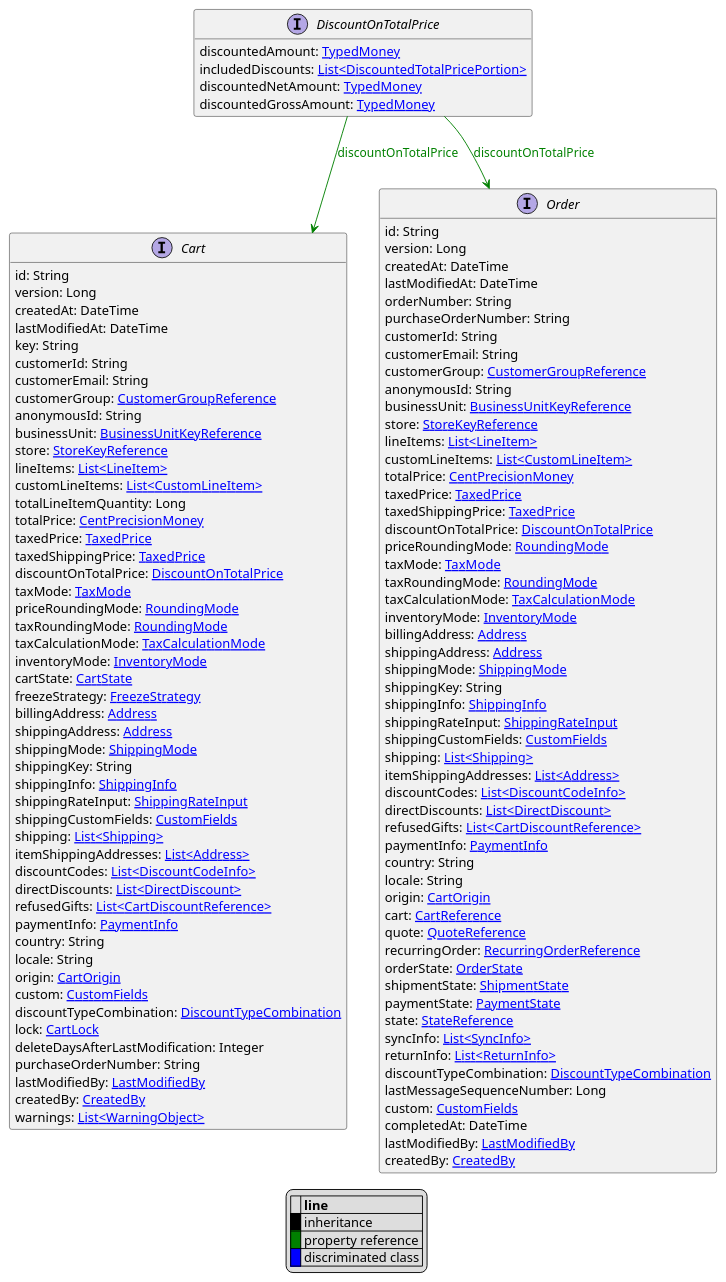
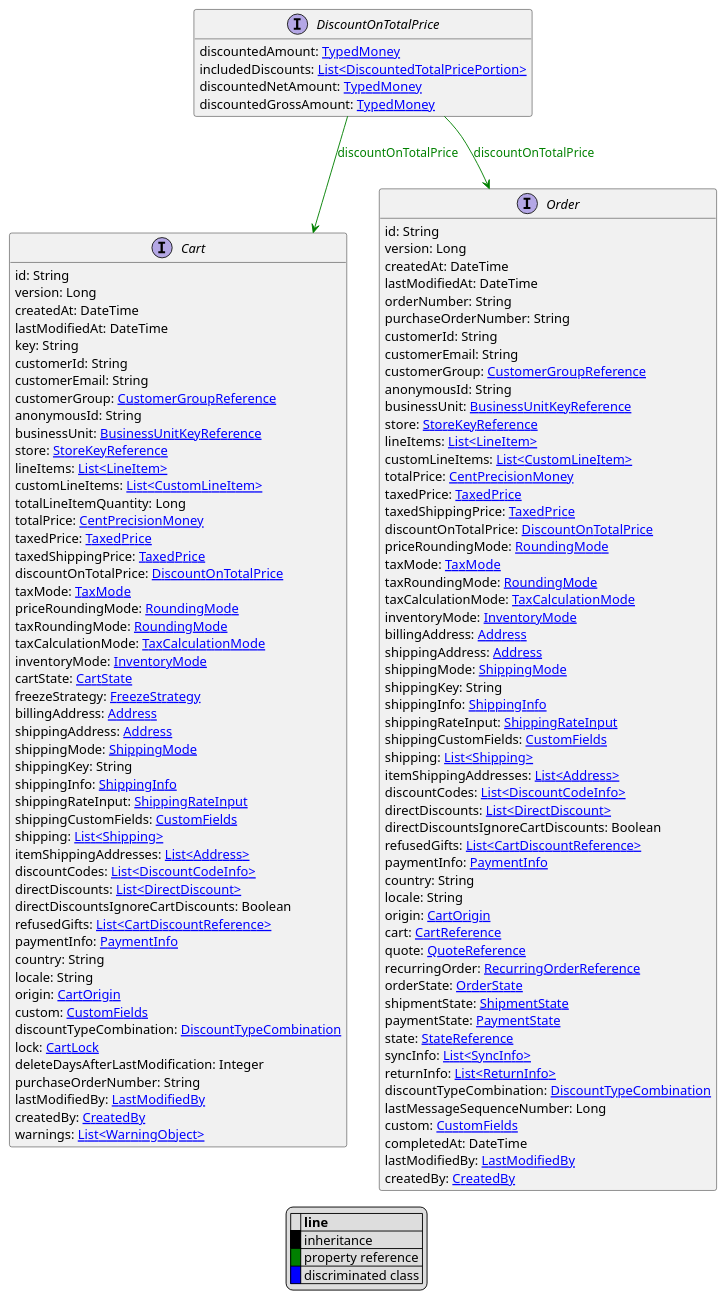
One commit to commercetools/commercetools-api-reference changed the diagram in uml/api/DiscountOnTotalPrice.puml. Above: the diagram before and after it, drawn with PlantUML. The commit also changed 237 other files, not shown here.

```diff
--- a/uml/api/DiscountOnTotalPrice.puml
+++ b/uml/api/DiscountOnTotalPrice.puml
@@ -1,130 +1,132 @@
 @startuml
 
 hide empty fields
 hide empty methods
 legend
 |= |= line |
 |<back:black>   </back>| inheritance |
 |<back:green>   </back>| property reference |
 |<back:blue>   </back>| discriminated class |
 endlegend
 interface DiscountOnTotalPrice [[DiscountOnTotalPrice.svg]]  {
     discountedAmount: [[TypedMoney.svg TypedMoney]]
     includedDiscounts: [[DiscountedTotalPricePortion.svg List<DiscountedTotalPricePortion>]]
     discountedNetAmount: [[TypedMoney.svg TypedMoney]]
     discountedGrossAmount: [[TypedMoney.svg TypedMoney]]
 }
 
 
 
 interface Cart [[Cart.svg]]  {
     id: String
     version: Long
     createdAt: DateTime
     lastModifiedAt: DateTime
     key: String
     customerId: String
     customerEmail: String
     customerGroup: [[CustomerGroupReference.svg CustomerGroupReference]]
     anonymousId: String
     businessUnit: [[BusinessUnitKeyReference.svg BusinessUnitKeyReference]]
     store: [[StoreKeyReference.svg StoreKeyReference]]
     lineItems: [[LineItem.svg List<LineItem>]]
     customLineItems: [[CustomLineItem.svg List<CustomLineItem>]]
     totalLineItemQuantity: Long
     totalPrice: [[CentPrecisionMoney.svg CentPrecisionMoney]]
     taxedPrice: [[TaxedPrice.svg TaxedPrice]]
     taxedShippingPrice: [[TaxedPrice.svg TaxedPrice]]
     discountOnTotalPrice: [[DiscountOnTotalPrice.svg DiscountOnTotalPrice]]
     taxMode: [[TaxMode.svg TaxMode]]
     priceRoundingMode: [[RoundingMode.svg RoundingMode]]
     taxRoundingMode: [[RoundingMode.svg RoundingMode]]
     taxCalculationMode: [[TaxCalculationMode.svg TaxCalculationMode]]
     inventoryMode: [[InventoryMode.svg InventoryMode]]
     cartState: [[CartState.svg CartState]]
     freezeStrategy: [[FreezeStrategy.svg FreezeStrategy]]
     billingAddress: [[Address.svg Address]]
     shippingAddress: [[Address.svg Address]]
     shippingMode: [[ShippingMode.svg ShippingMode]]
     shippingKey: String
     shippingInfo: [[ShippingInfo.svg ShippingInfo]]
     shippingRateInput: [[ShippingRateInput.svg ShippingRateInput]]
     shippingCustomFields: [[CustomFields.svg CustomFields]]
     shipping: [[Shipping.svg List<Shipping>]]
     itemShippingAddresses: [[Address.svg List<Address>]]
     discountCodes: [[DiscountCodeInfo.svg List<DiscountCodeInfo>]]
     directDiscounts: [[DirectDiscount.svg List<DirectDiscount>]]
+    directDiscountsIgnoreCartDiscounts: Boolean
     refusedGifts: [[CartDiscountReference.svg List<CartDiscountReference>]]
     paymentInfo: [[PaymentInfo.svg PaymentInfo]]
     country: String
     locale: String
     origin: [[CartOrigin.svg CartOrigin]]
     custom: [[CustomFields.svg CustomFields]]
     discountTypeCombination: [[DiscountTypeCombination.svg DiscountTypeCombination]]
     lock: [[CartLock.svg CartLock]]
     deleteDaysAfterLastModification: Integer
     purchaseOrderNumber: String
     lastModifiedBy: [[LastModifiedBy.svg LastModifiedBy]]
     createdBy: [[CreatedBy.svg CreatedBy]]
     warnings: [[WarningObject.svg List<WarningObject>]]
 }
 interface Order [[Order.svg]]  {
     id: String
     version: Long
     createdAt: DateTime
     lastModifiedAt: DateTime
     orderNumber: String
     purchaseOrderNumber: String
     customerId: String
     customerEmail: String
     customerGroup: [[CustomerGroupReference.svg CustomerGroupReference]]
     anonymousId: String
     businessUnit: [[BusinessUnitKeyReference.svg BusinessUnitKeyReference]]
     store: [[StoreKeyReference.svg StoreKeyReference]]
     lineItems: [[LineItem.svg List<LineItem>]]
     customLineItems: [[CustomLineItem.svg List<CustomLineItem>]]
     totalPrice: [[CentPrecisionMoney.svg CentPrecisionMoney]]
     taxedPrice: [[TaxedPrice.svg TaxedPrice]]
     taxedShippingPrice: [[TaxedPrice.svg TaxedPrice]]
     discountOnTotalPrice: [[DiscountOnTotalPrice.svg DiscountOnTotalPrice]]
     priceRoundingMode: [[RoundingMode.svg RoundingMode]]
     taxMode: [[TaxMode.svg TaxMode]]
     taxRoundingMode: [[RoundingMode.svg RoundingMode]]
     taxCalculationMode: [[TaxCalculationMode.svg TaxCalculationMode]]
     inventoryMode: [[InventoryMode.svg InventoryMode]]
     billingAddress: [[Address.svg Address]]
     shippingAddress: [[Address.svg Address]]
     shippingMode: [[ShippingMode.svg ShippingMode]]
     shippingKey: String
     shippingInfo: [[ShippingInfo.svg ShippingInfo]]
     shippingRateInput: [[ShippingRateInput.svg ShippingRateInput]]
     shippingCustomFields: [[CustomFields.svg CustomFields]]
     shipping: [[Shipping.svg List<Shipping>]]
     itemShippingAddresses: [[Address.svg List<Address>]]
     discountCodes: [[DiscountCodeInfo.svg List<DiscountCodeInfo>]]
     directDiscounts: [[DirectDiscount.svg List<DirectDiscount>]]
+    directDiscountsIgnoreCartDiscounts: Boolean
     refusedGifts: [[CartDiscountReference.svg List<CartDiscountReference>]]
     paymentInfo: [[PaymentInfo.svg PaymentInfo]]
     country: String
     locale: String
     origin: [[CartOrigin.svg CartOrigin]]
     cart: [[CartReference.svg CartReference]]
     quote: [[QuoteReference.svg QuoteReference]]
     recurringOrder: [[RecurringOrderReference.svg RecurringOrderReference]]
     orderState: [[OrderState.svg OrderState]]
     shipmentState: [[ShipmentState.svg ShipmentState]]
     paymentState: [[PaymentState.svg PaymentState]]
     state: [[StateReference.svg StateReference]]
     syncInfo: [[SyncInfo.svg List<SyncInfo>]]
     returnInfo: [[ReturnInfo.svg List<ReturnInfo>]]
     discountTypeCombination: [[DiscountTypeCombination.svg DiscountTypeCombination]]
     lastMessageSequenceNumber: Long
     custom: [[CustomFields.svg CustomFields]]
     completedAt: DateTime
     lastModifiedBy: [[LastModifiedBy.svg LastModifiedBy]]
     createdBy: [[CreatedBy.svg CreatedBy]]
 }
 
 DiscountOnTotalPrice --> Cart #green;text:green : "discountOnTotalPrice"
 DiscountOnTotalPrice --> Order #green;text:green : "discountOnTotalPrice"
 @enduml
```
